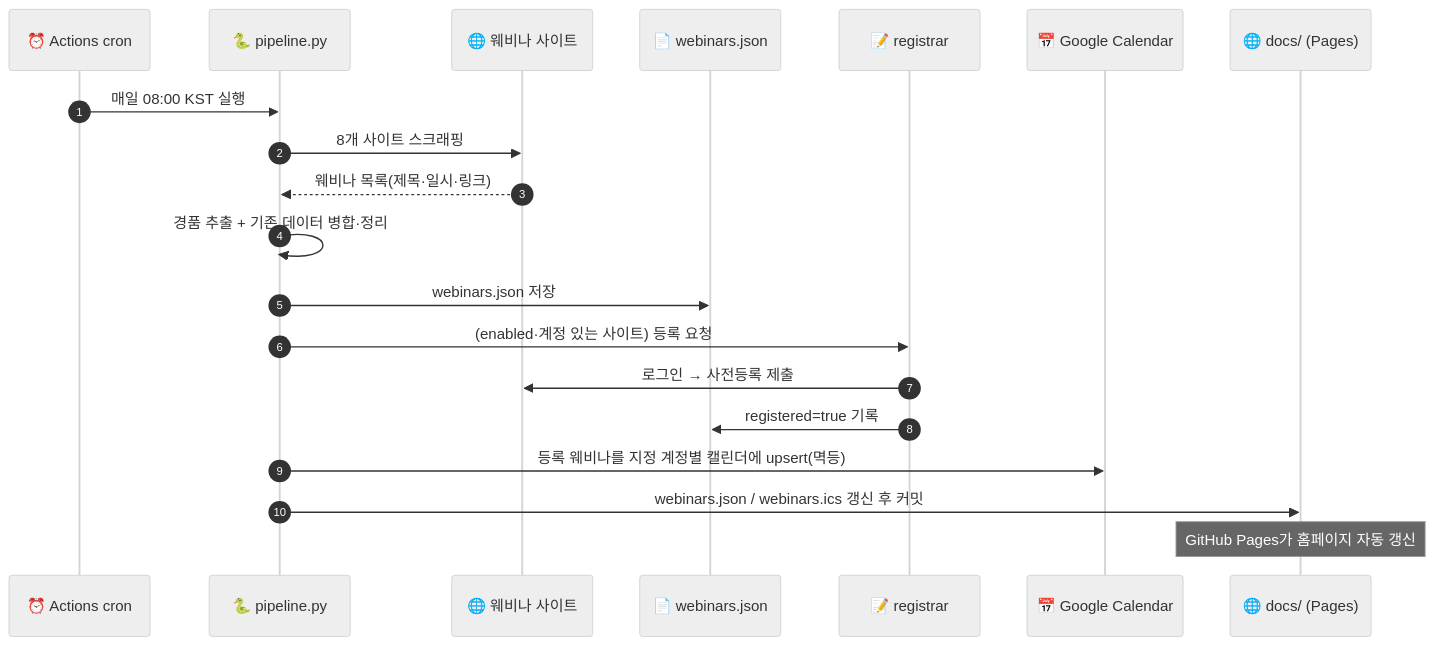
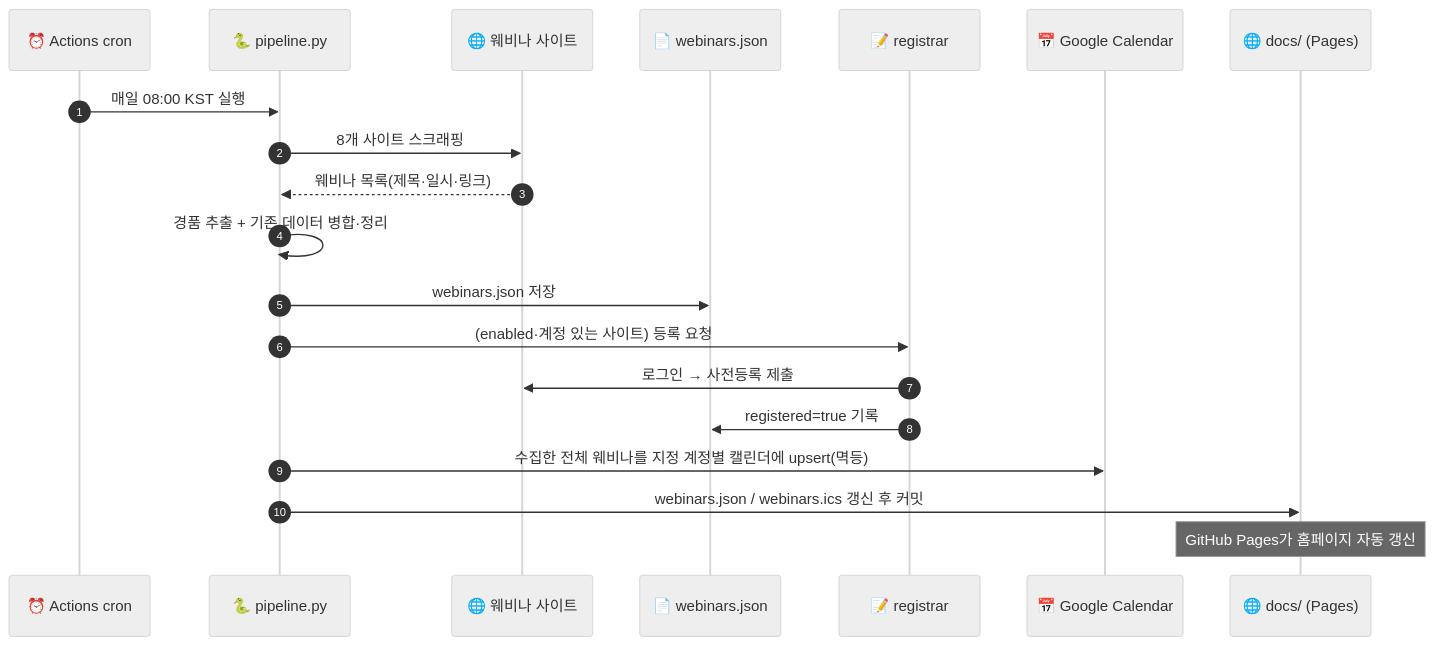
Before and after one commit to leemgs/webinar: the second of 2 diagrams in README.md, drawn with Mermaid (neutral theme). The commit also changed other lines of this file and 7 other files, not shown here.

````diff
--- a/README.md
+++ b/README.md
@@ -93,23 +93,23 @@
 ```mermaid
 sequenceDiagram
     autonumber
     participant CR as ⏰ Actions cron
     participant PP as 🐍 pipeline.py
     participant ST as 🌐 웨비나 사이트
     participant DB as 📄 webinars.json
     participant RG as 📝 registrar
     participant GC as 📅 Google Calendar
     participant PG as 🌐 docs/ (Pages)
 
     CR->>PP: 매일 08:00 KST 실행
     PP->>ST: 8개 사이트 스크래핑
     ST-->>PP: 웨비나 목록(제목·일시·링크)
     PP->>PP: 경품 추출 + 기존 데이터 병합·정리
     PP->>DB: webinars.json 저장
     PP->>RG: (enabled·계정 있는 사이트) 등록 요청
     RG->>ST: 로그인 → 사전등록 제출
     RG->>DB: registered=true 기록
-    PP->>GC: 등록 웨비나를 지정 계정별 캘린더에 upsert(멱등)
+    PP->>GC: 수집한 전체 웨비나를 지정 계정별 캘린더에 upsert(멱등)
     PP->>PG: webinars.json / webinars.ics 갱신 후 커밋
     Note over PG: GitHub Pages가 홈페이지 자동 갱신
 ```
````
